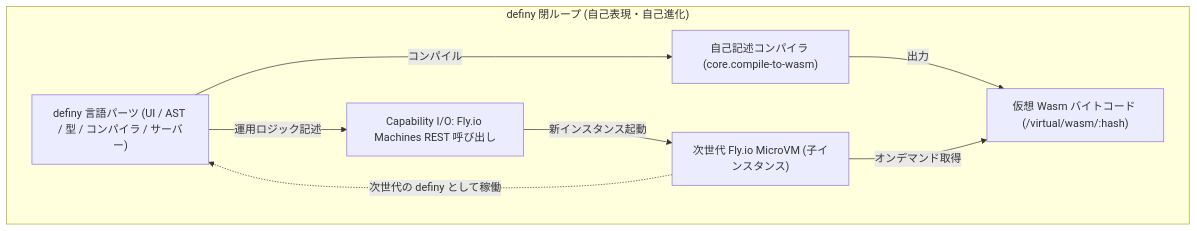
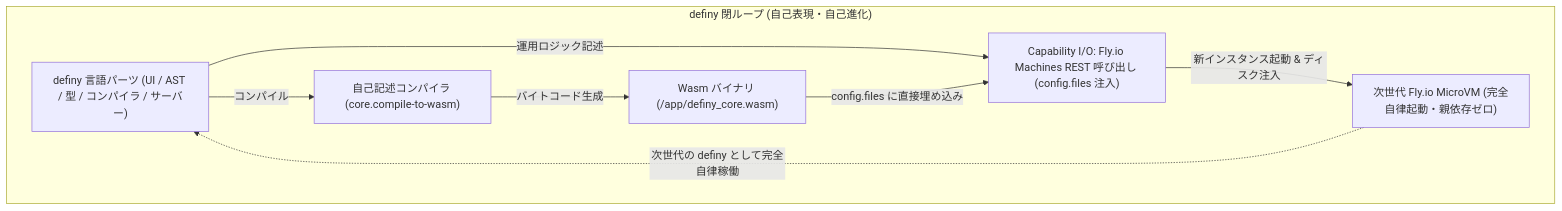
The third of 3 diagrams in docs/deployment-bootstrapping.md (narumincho/definy), drawn with Mermaid before and after one commit. The commit also changed other lines of this file and 5 other files, not shown here.

Commit message:
Fly.io Machines API の config.files による Wasm デプロイ時直接注入への切り替えと親依存ゼロ自律起動の実装

````diff
--- a/docs/deployment-bootstrapping.md
+++ b/docs/deployment-bootstrapping.md
@@ -180,17 +180,17 @@
 ```mermaid
 graph TD
     subgraph DefinyPlatform["definy 閉ループ (自己表現・自己進化)"]
         Source["definy 言語パーツ (UI / AST / 型 / コンパイラ / サーバー)"]
         Compiler["自己記述コンパイラ (core.compile-to-wasm)"]
-        VirtualWasm["仮想 Wasm バイトコード (/virtual/wasm/:hash)"]
-        MachinesAPI["Capability I/O: Fly.io Machines REST 呼び出し"]
-        NextGenVM["次世代 Fly.io MicroVM (子インスタンス)"]
+        WasmBytecode["Wasm バイナリ (/app/definy_core.wasm)"]
+        MachinesAPI["Capability I/O: Fly.io Machines REST 呼び出し (config.files 注入)"]
+        NextGenVM["次世代 Fly.io MicroVM (完全自律起動・親依存ゼロ)"]
 
         Source -->|コンパイル| Compiler
-        Compiler -->|出力| VirtualWasm
+        Compiler -->|バイトコード生成| WasmBytecode
         Source -->|運用ロジック記述| MachinesAPI
-        MachinesAPI -->|新インスタンス起動| NextGenVM
-        NextGenVM -->|オンデマンド取得| VirtualWasm
-        NextGenVM -.->|次世代の definy として稼働| Source
+        WasmBytecode -->|config.files に直接埋め込み| MachinesAPI
+        MachinesAPI -->|新インスタンス起動 & ディスク注入| NextGenVM
+        NextGenVM -.->|次世代の definy として完全自律稼働| Source
     end
 ```
````
